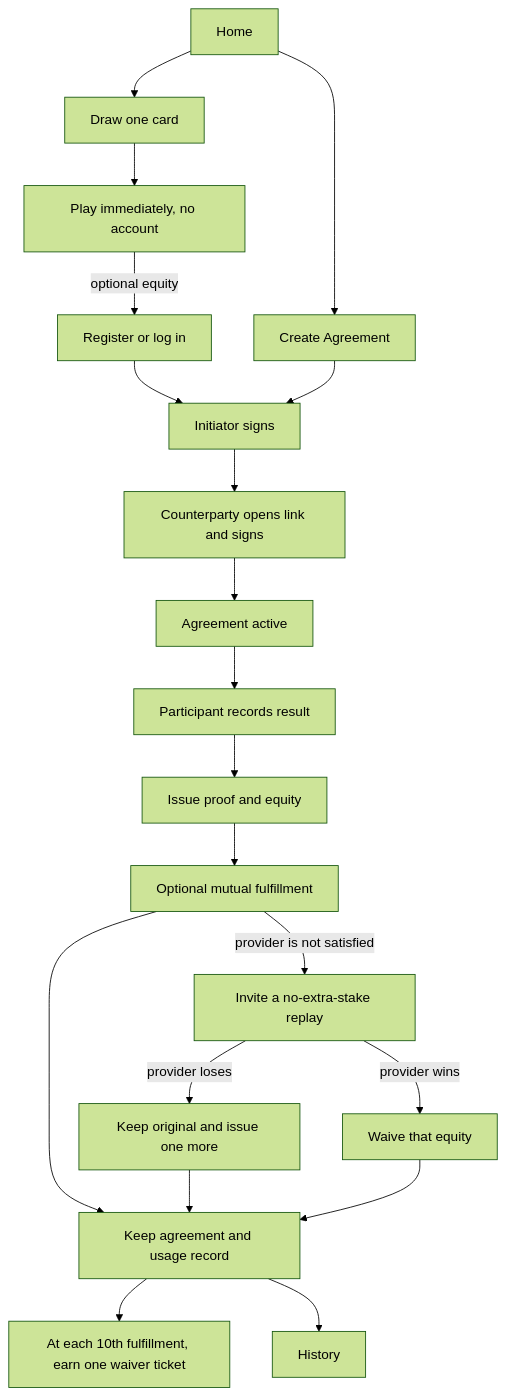
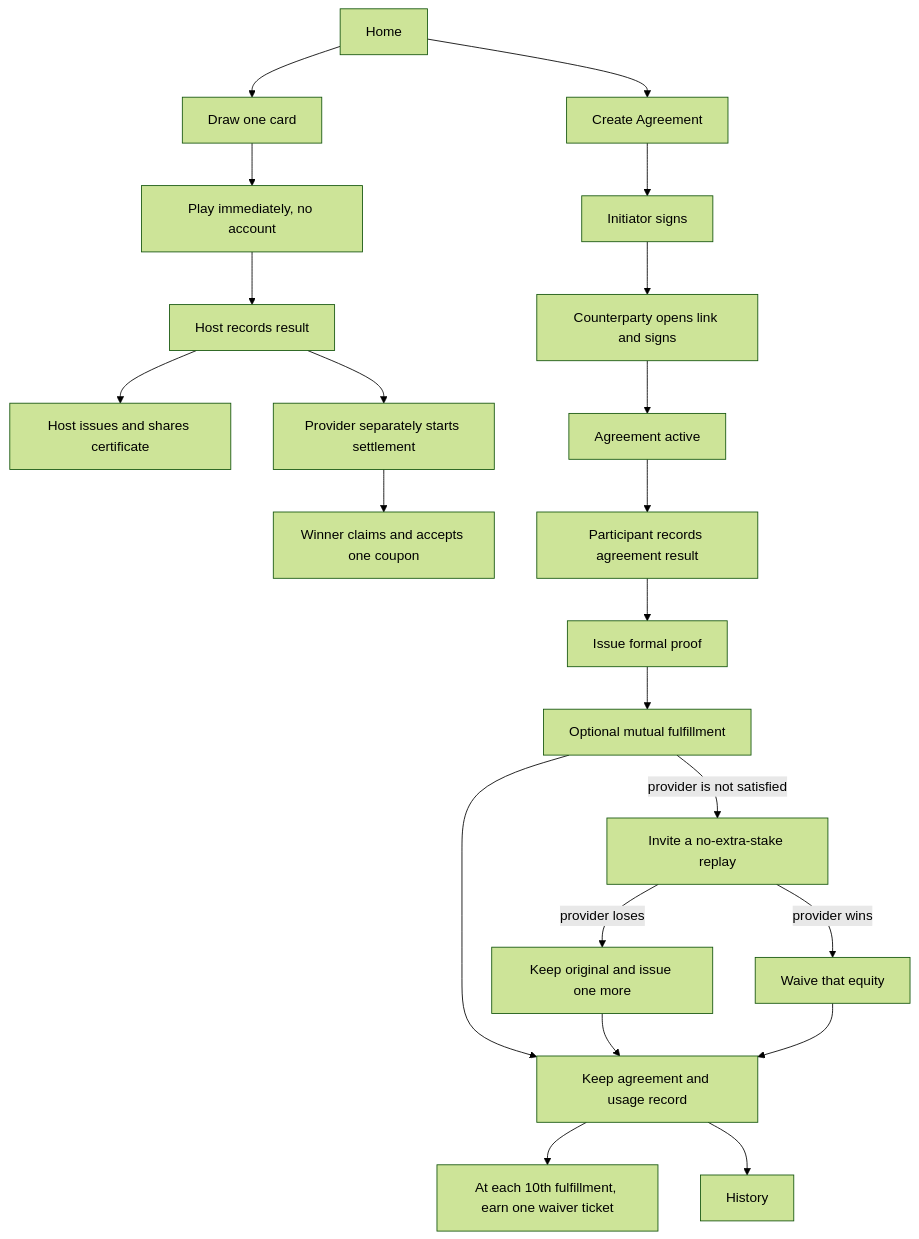
Before and after one commit to shushabgyuanyue/playbit: the diagram in docs/page-routes.md, drawn with Mermaid (forest theme). The commit also changed other lines of this file and 94 other files, not shown here.

````diff
--- a/docs/page-routes.md
+++ b/docs/page-routes.md
@@ -74,22 +83,24 @@
 ```mermaid
 flowchart TD
   Home --> Create[Create Agreement]
   Home --> Draw[Draw one card]
   Draw --> Play[Play immediately, no account]
-  Play -->|optional equity| Auth[Register or log in]
-  Auth --> Sign[Initiator signs]
+  Play --> Result[Host records result]
+  Result --> Certificate[Host issues and shares certificate]
+  Result --> Settlement[Provider separately starts settlement]
+  Settlement --> Claim[Winner claims and accepts one coupon]
+  Create --> Sign[Initiator signs]
   Sign --> Share[Counterparty opens link and signs]
   Share --> Active[Agreement active]
-  Active --> Result[Participant records result]
-  Result --> Proof[Issue proof and equity]
+  Active --> AgreementResult[Participant records agreement result]
+  AgreementResult --> Proof[Issue formal proof]
   Proof --> Redeem[Optional mutual fulfillment]
   Redeem --> Archive[Keep agreement and usage record]
   Redeem -->|provider is not satisfied| Flip[Invite a no-extra-stake replay]
   Flip -->|provider wins| Waive[Waive that equity]
   Flip -->|provider loses| More[Keep original and issue one more]
   More --> Archive
   Waive --> Archive
   Archive --> Grace[At each 10th fulfillment, earn one waiver ticket]
-  Create --> Sign
   Archive --> History
 ```
````
